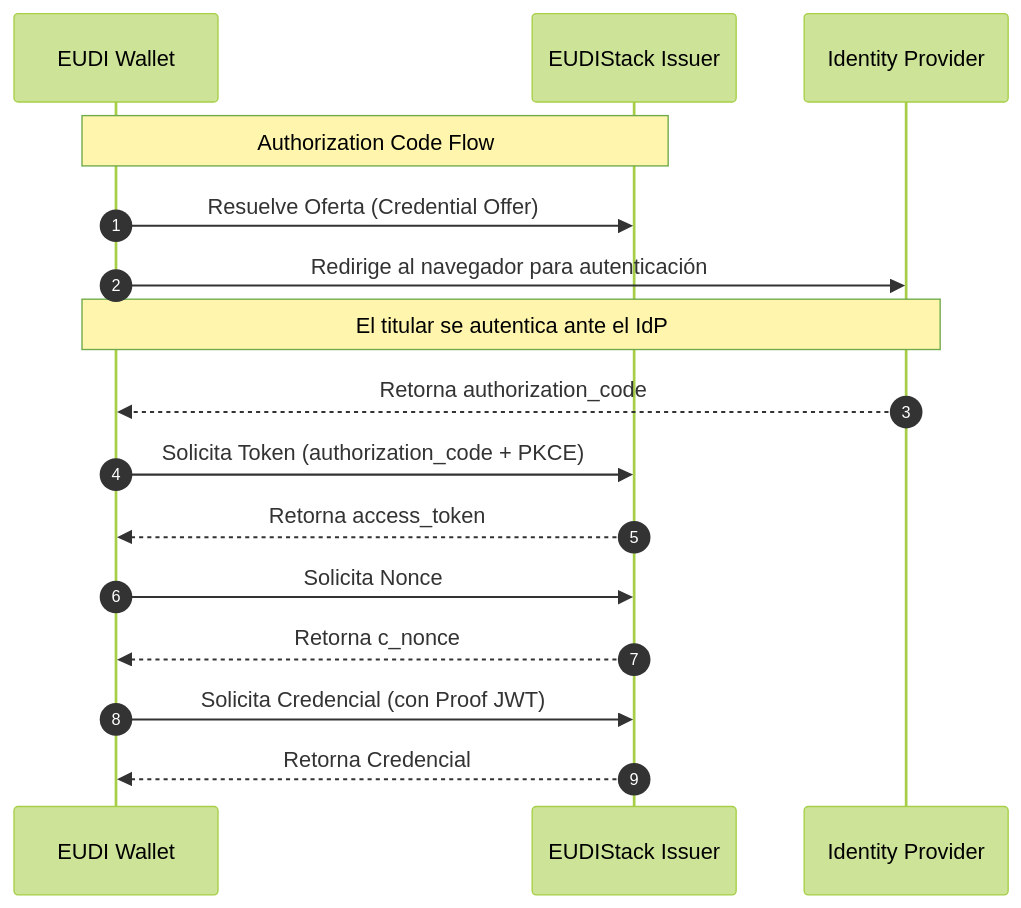
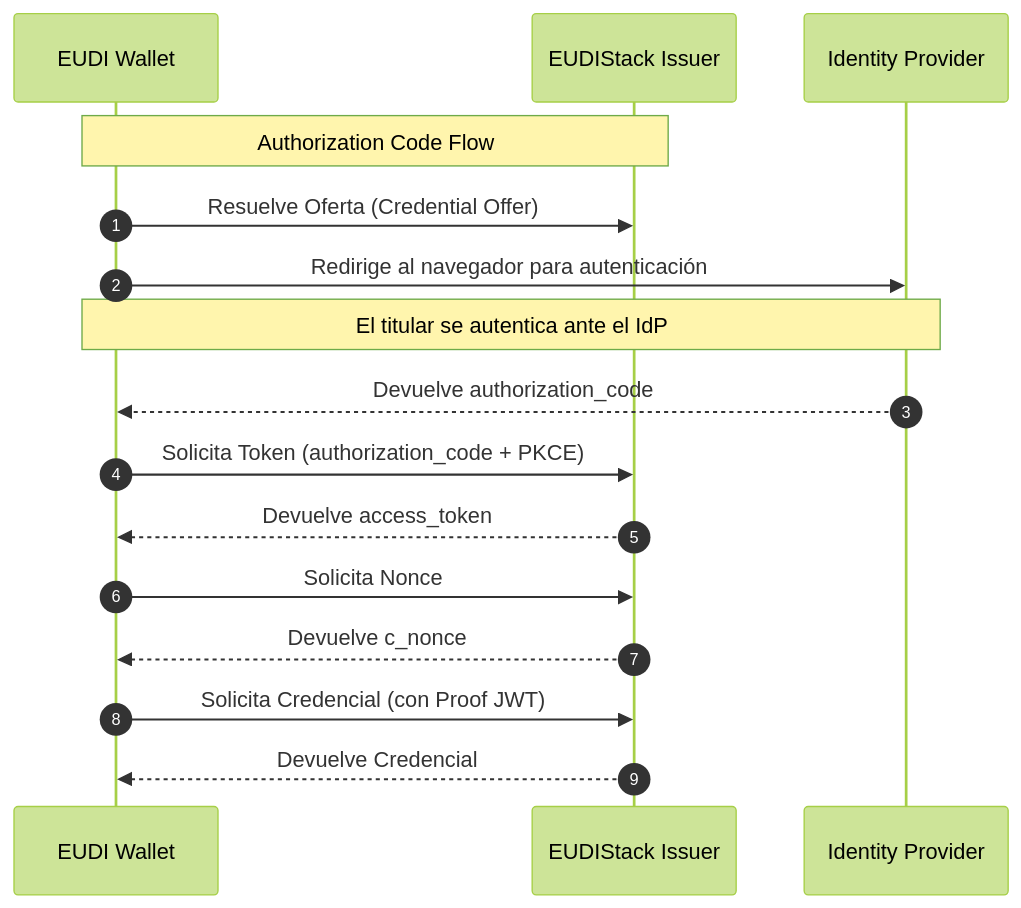
One commit to in2workspace/eudistack-docs changed the second of 2 diagrams in docs/developers/concepts/oid4vci.md. Above: the diagram before and after it, drawn with Mermaid (forest theme). The commit also changed other lines of this file, not shown here.

````diff
--- a/docs/developers/concepts/oid4vci.md
+++ b/docs/developers/concepts/oid4vci.md
@@ -44,19 +46,19 @@
 ```mermaid
 sequenceDiagram
     autonumber
     participant W as EUDI Wallet
     participant I as EUDIStack Issuer
     participant IDP as Identity Provider
 
     Note over W, I: Authorization Code Flow
     W->>I: Resuelve Oferta (Credential Offer)
     W->>IDP: Redirige al navegador para autenticación
     Note over W, IDP: El titular se autentica ante el IdP
-    IDP-->>W: Retorna authorization_code
+    IDP-->>W: Devuelve authorization_code
     W->>I: Solicita Token (authorization_code + PKCE)
-    I-->>W: Retorna access_token
+    I-->>W: Devuelve access_token
     W->>I: Solicita Nonce
-    I-->>W: Retorna c_nonce
+    I-->>W: Devuelve c_nonce
     W->>I: Solicita Credencial (con Proof JWT)
-    I-->>W: Retorna Credencial
+    I-->>W: Devuelve Credencial
 ```
````
